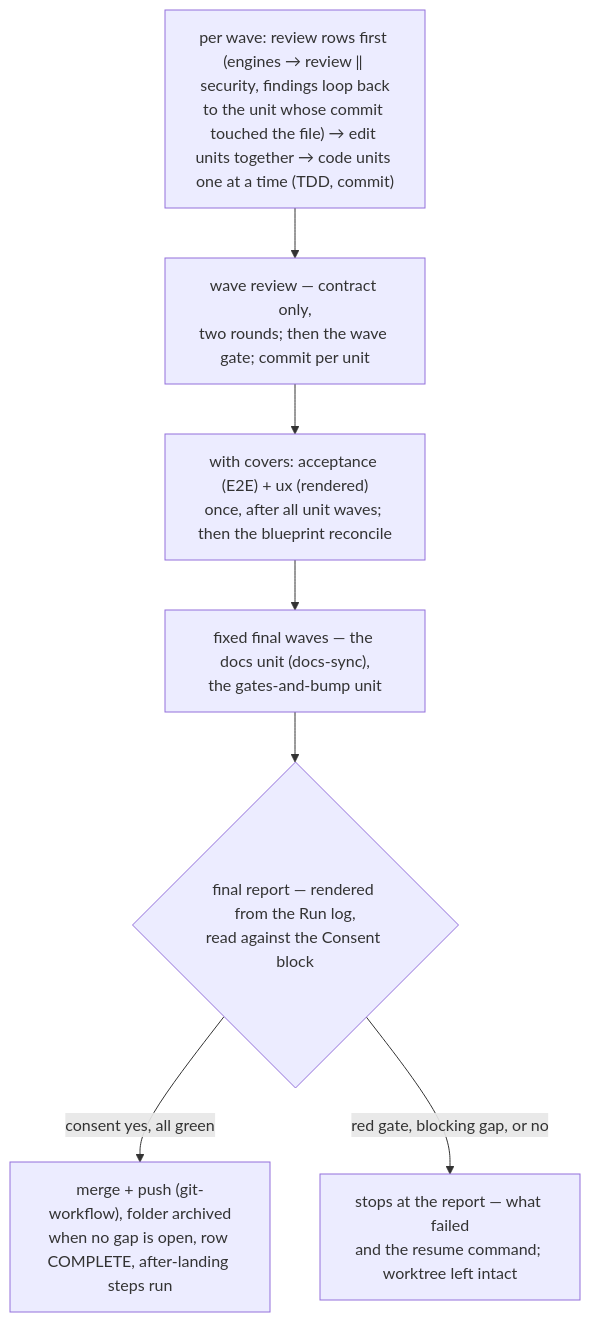
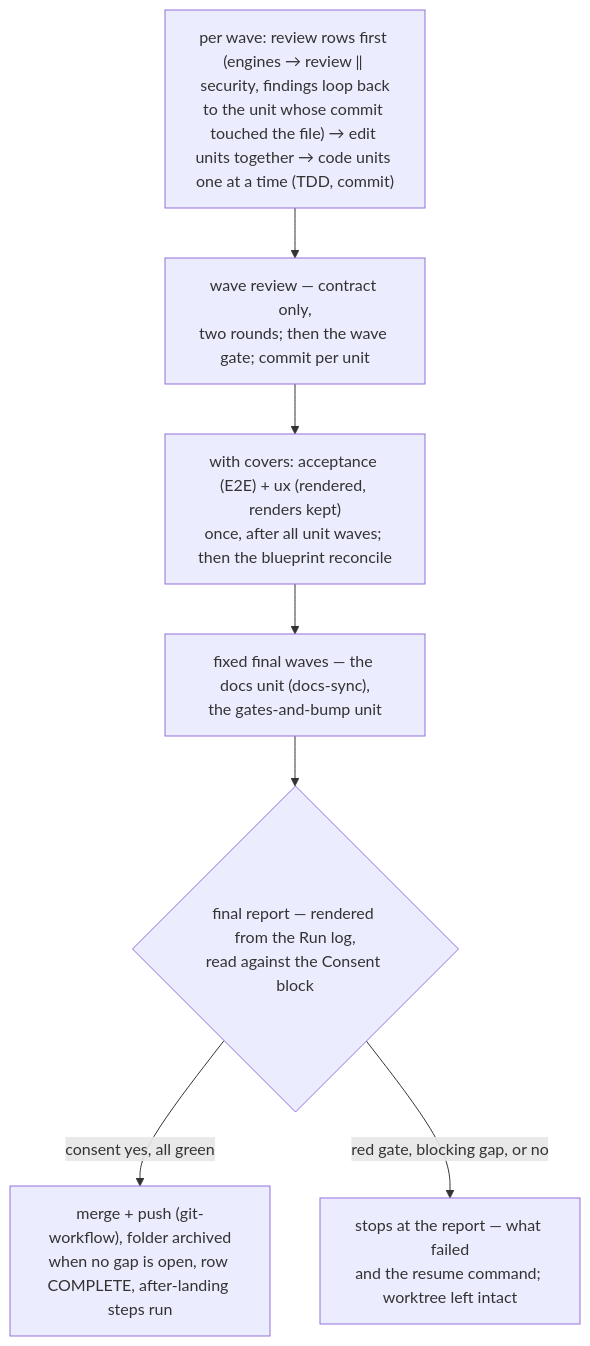
Before and after one commit to virajp/claude-plugins: the second of 2 diagrams in site/src/content/docs/plugins/vwf.md, drawn with Mermaid. The commit also changed other lines of this file and 4 other files, not shown here.

````diff
--- a/site/src/content/docs/plugins/vwf.md
+++ b/site/src/content/docs/plugins/vwf.md
@@ -2771,9 +2800,9 @@
 ```mermaid
 flowchart TD
     W["per wave: review rows first (engines → review ‖ security, findings loop back<br/>to the unit whose commit touched the file) → edit units together → code units one at a time (TDD, commit)"] --> R["wave review — contract only,<br/>two rounds; then the wave gate; commit per unit"]
-    R --> AX["with covers: acceptance (E2E) + ux (rendered)<br/>once, after all unit waves; then the blueprint reconcile"]
+    R --> AX["with covers: acceptance (E2E) + ux (rendered, renders kept)<br/>once, after all unit waves; then the blueprint reconcile"]
     AX --> F["fixed final waves — the docs unit (docs-sync),<br/>the gates-and-bump unit"]
     F --> G{"final report — rendered from the Run log,<br/>read against the Consent block"}
     G -->|consent yes, all green| M["merge + push (git-workflow), folder archived<br/>when no gap is open, row COMPLETE, after-landing steps run"]
     G -->|red gate, blocking gap, or no| S["stops at the report — what failed<br/>and the resume command; worktree left intact"]
 ```
````
